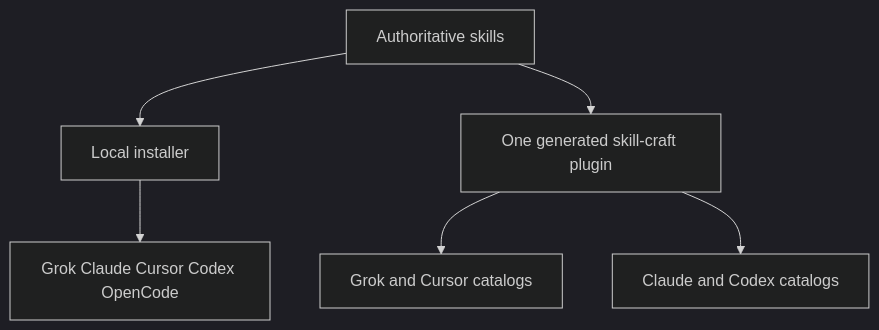
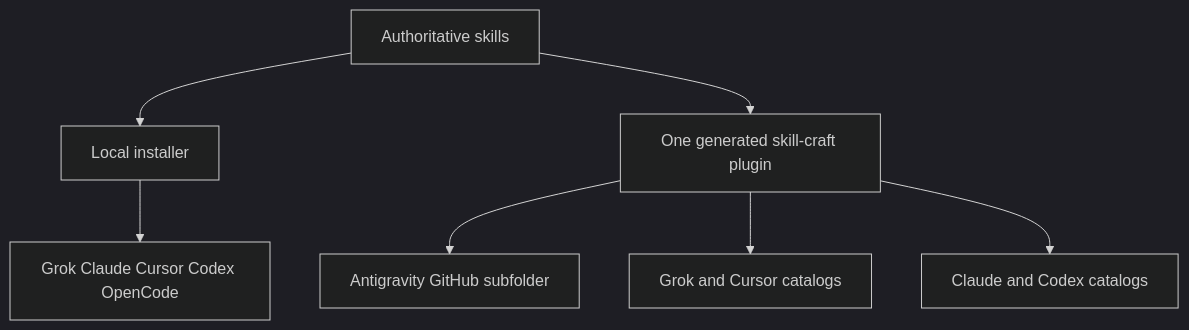
One commit to whichguy/skill-craft changed the diagram in docs/distribution.md. Above: the diagram before and after it, drawn with Mermaid (dark theme). The commit also changed other lines of this file and 6 other files, not shown here.

````diff
--- a/docs/distribution.md
+++ b/docs/distribution.md
@@ -3,8 +3,9 @@
 ```mermaid
 flowchart TD
   S[Authoritative skills] --> I[Local installer]
   I --> H[Grok Claude Cursor Codex OpenCode]
   S --> P[One generated skill-craft plugin]
+  P --> A[Antigravity GitHub subfolder]
   P --> N[Grok and Cursor catalogs]
   P --> M[Claude and Codex catalogs]
 ```
````
